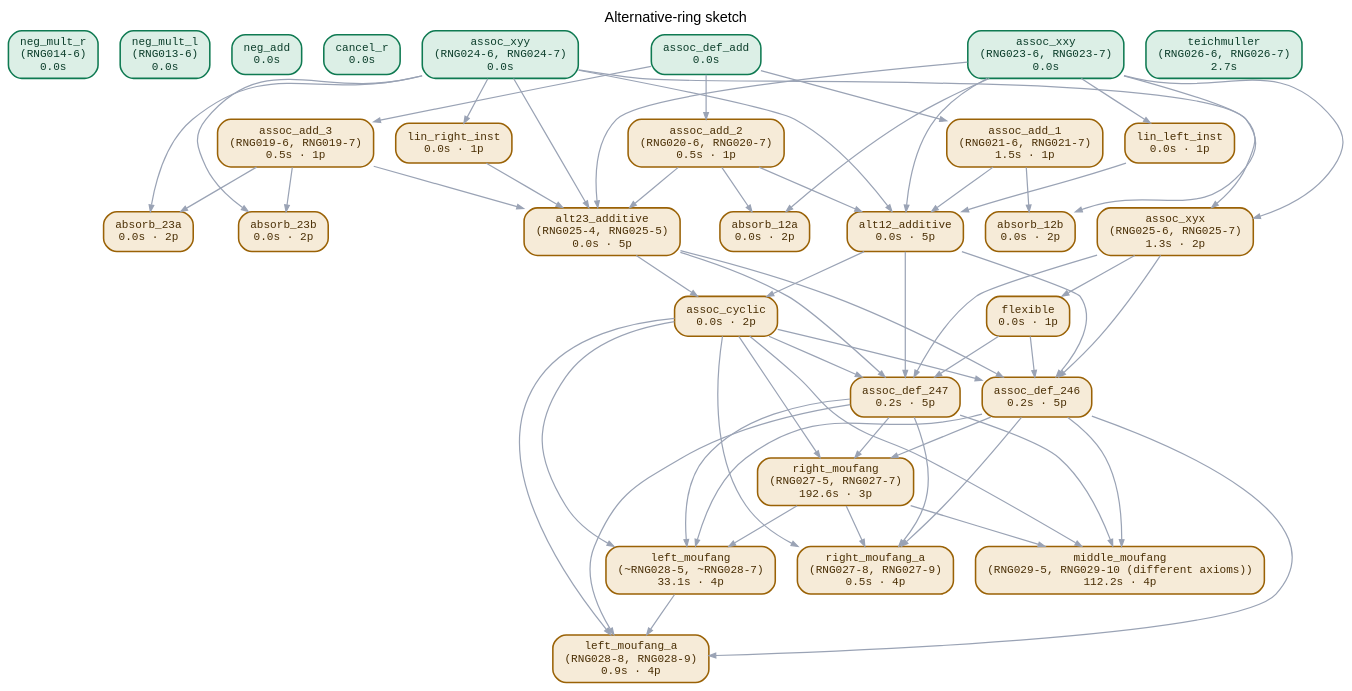
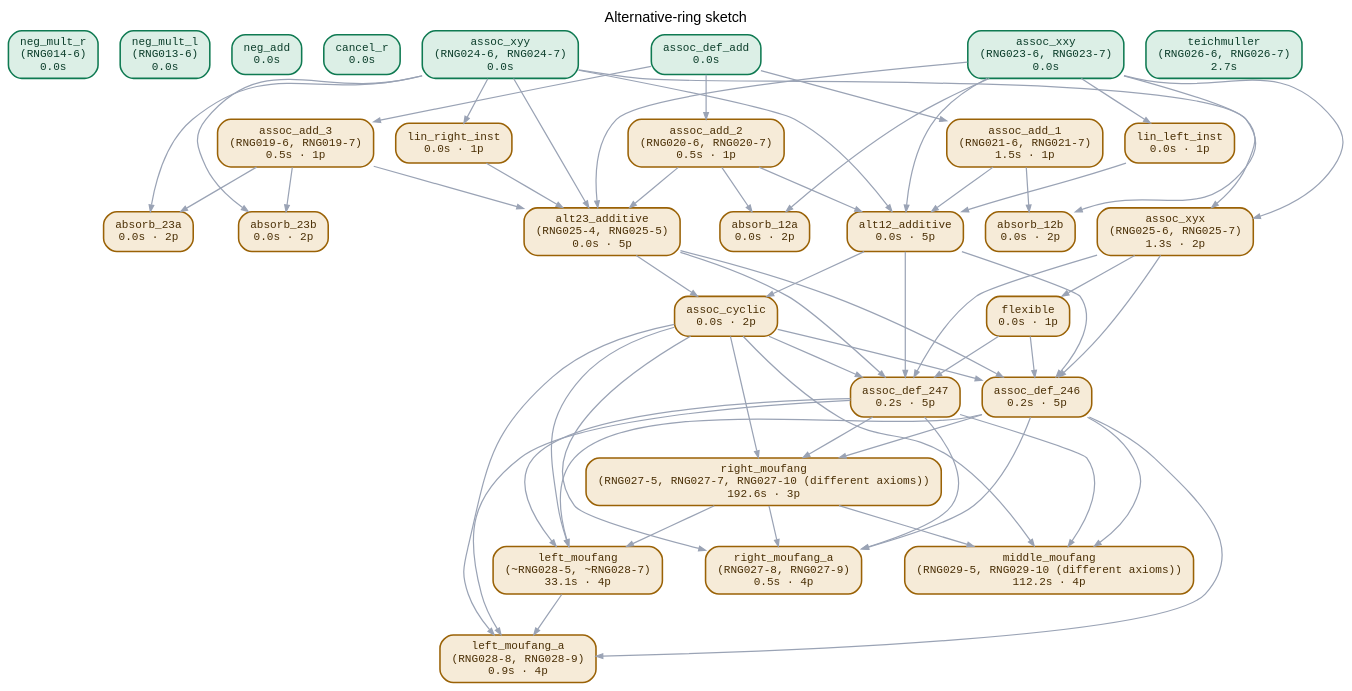
Before and after one commit to yalhessi/overtone: the diagram in docs/img/rng_dag.dot, drawn with Graphviz. The commit also changed 3 other files, not shown here.

```diff
--- a/docs/img/rng_dag.dot
+++ b/docs/img/rng_dag.dot
@@ -29,7 +29,7 @@
   "assoc_def_247" [id="node-assoc_def_247" class="n-proved_scoped" label="assoc_def_247\n0.2s · 5p" fillcolor="#f6ebd8" color="#9a6206" fontcolor="#4a2f05" tooltip="add(associator(X,Y,Z),multiply(multiply(Y,X),Z)) = multiply(Y,multiply(X,Z))  —  proved with its parents supplied"];
   "right_moufang_a" [id="node-right_moufang_a" class="n-proved_scoped" label="right_moufang_a\n(RNG027-8, RNG027-9)\n0.5s · 4p" fillcolor="#f6ebd8" color="#9a6206" fontcolor="#4a2f05" tooltip="associator(X,multiply(X,Y),Z) = multiply(associator(X,Y,Z),X)  —  proved with its parents supplied"];
   "left_moufang_a" [id="node-left_moufang_a" class="n-proved_scoped" label="left_moufang_a\n(RNG028-8, RNG028-9)\n0.9s · 4p" fillcolor="#f6ebd8" color="#9a6206" fontcolor="#4a2f05" tooltip="associator(X,multiply(Y,X),Z) = multiply(X,associator(X,Y,Z))  —  proved with its parents supplied"];
-  "right_moufang" [id="node-right_moufang" class="n-proved_scoped" label="right_moufang\n(RNG027-5, RNG027-7)\n192.6s · 3p" fillcolor="#f6ebd8" color="#9a6206" fontcolor="#4a2f05" tooltip="multiply(multiply(multiply(X,Y),Z),Y) = multiply(X,multiply(Y,multiply(Z,Y)))  —  proved with its parents supplied"];
+  "right_moufang" [id="node-right_moufang" class="n-proved_scoped" label="right_moufang\n(RNG027-5, RNG027-7, RNG027-10 (different axioms))\n192.6s · 3p" fillcolor="#f6ebd8" color="#9a6206" fontcolor="#4a2f05" tooltip="multiply(multiply(multiply(X,Y),Z),Y) = multiply(X,multiply(Y,multiply(Z,Y)))  —  proved with its parents supplied"];
   "left_moufang" [id="node-left_moufang" class="n-proved_scoped" label="left_moufang\n(~RNG028-5, ~RNG028-7)\n33.1s · 4p" fillcolor="#f6ebd8" color="#9a6206" fontcolor="#4a2f05" tooltip="multiply(multiply(multiply(X,Y),X),Z) = multiply(X,multiply(Y,multiply(X,Z)))  —  proved with its parents supplied"];
   "middle_moufang" [id="node-middle_moufang" class="n-proved_scoped" label="middle_moufang\n(RNG029-5, RNG029-10 (different axioms))\n112.2s · 4p" fillcolor="#f6ebd8" color="#9a6206" fontcolor="#4a2f05" tooltip="multiply(multiply(X,Y),multiply(Z,X)) = multiply(X,multiply(multiply(Y,Z),X))  —  proved with its parents supplied"];
   "assoc_xxy" -> "assoc_xyx" [id="edge-assoc_xxy__assoc_xyx" class="e-proved_scoped"];
```
